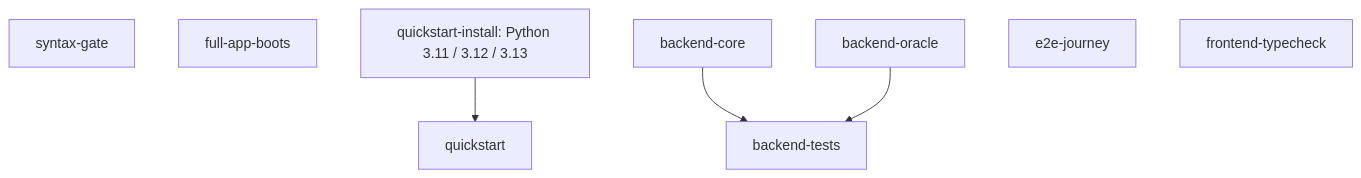
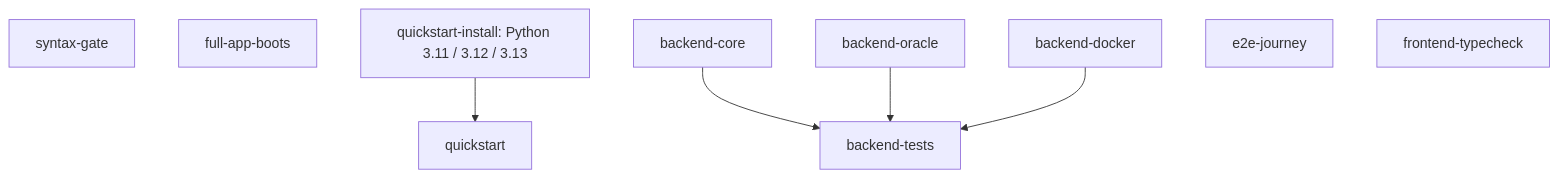
One commit to rush86999/atom changed the first of 2 diagrams in .github/workflows/README.md. Above: the diagram before and after it, drawn with Mermaid. The commit also changed other lines of this file, not shown here.

First line of the commit message:
docs(ci): document the separate backend Docker acceptance lane

````diff
--- a/.github/workflows/README.md
+++ b/.github/workflows/README.md
@@ -22,15 +22,17 @@
 ```mermaid
 flowchart TB
   syntax["syntax-gate"]
   boot["full-app-boots"]
   install["quickstart-install: Python 3.11 / 3.12 / 3.13"]
   quick["quickstart"]
   core["backend-core"]
   oracle["backend-oracle"]
+  docker["backend-docker"]
   backend["backend-tests"]
   journey["e2e-journey"]
   frontend["frontend-typecheck"]
   install --> quick
   core --> backend
   oracle --> backend
+  docker --> backend
 ```
````
